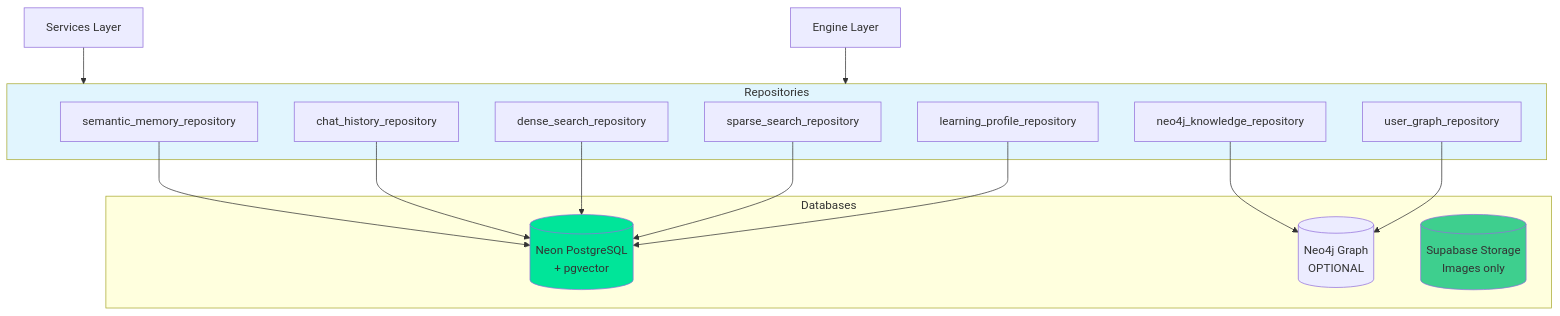
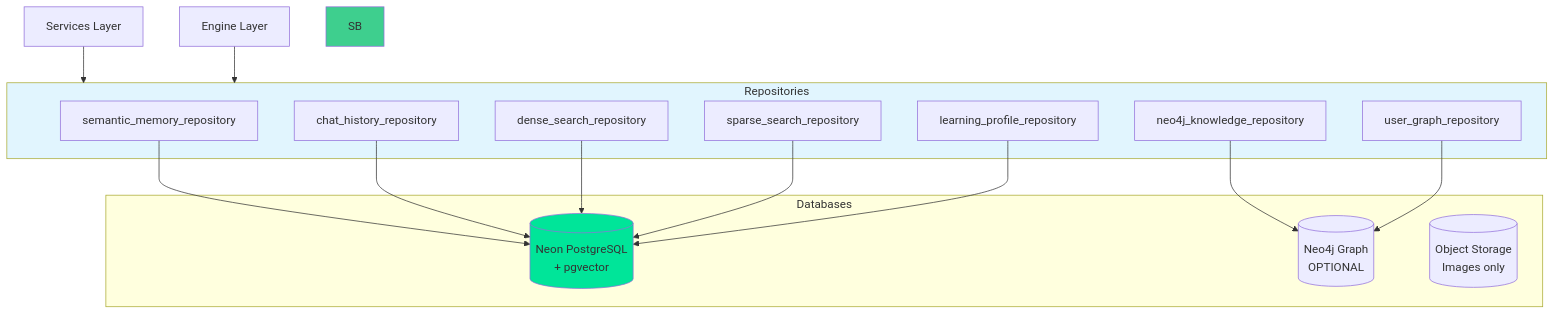
Before and after one commit to meiiie/wiii: the diagram in maritime-ai-service/app/repositories/README.md, drawn with Mermaid. The commit also changed other lines of this file and 44 other files, not shown here.

````diff
--- a/maritime-ai-service/app/repositories/README.md
+++ b/maritime-ai-service/app/repositories/README.md
@@ -28,33 +28,33 @@
 ```mermaid
 graph TD
     Services[Services Layer] --> Repositories
     Engine[Engine Layer] --> Repositories
     
     subgraph "Repositories"
         SMR[semantic_memory_repository]
         NKR[neo4j_knowledge_repository]
         CHR[chat_history_repository]
         DSR[dense_search_repository]
         SSR[sparse_search_repository]
         LPR[learning_profile_repository]
         UGR[user_graph_repository]
     end
     
     subgraph "Databases"
         PG[(Neon PostgreSQL<br>+ pgvector)]
         NEO[(Neo4j Graph<br>OPTIONAL)]
-        SB[(Supabase Storage<br>Images only)]
+        OS[(Object Storage<br>Images only)]
     end
     
     SMR --> PG
     CHR --> PG
     DSR --> PG
     SSR --> PG
     LPR --> PG
     NKR --> NEO
     UGR --> NEO
     
     style Repositories fill:#e1f5fe
     style PG fill:#00E599
     style SB fill:#3ECF8E
 ```
````
